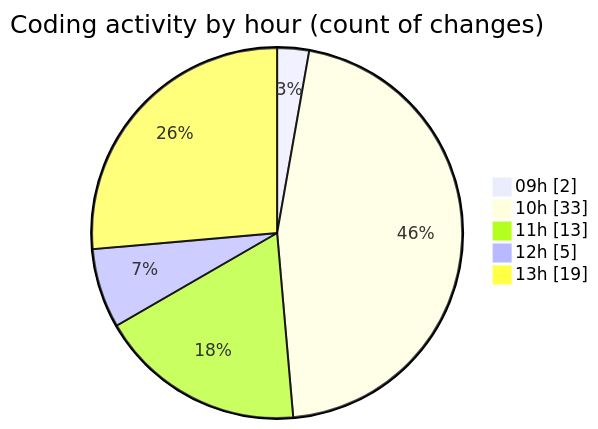
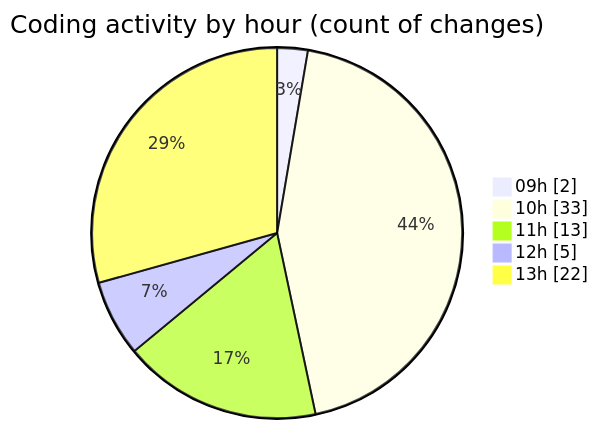
Before and after one commit to momahboobian/code-tracking: the second of 2 diagrams in 2025-08-12/cda/README.md, drawn with Mermaid. The commit also changed other lines of this file and 1 other file, not shown here.

````diff
--- a/2025-08-12/cda/README.md
+++ b/2025-08-12/cda/README.md
@@ -53,9 +53,9 @@
 ```mermaid
 pie showData
 title Coding activity by hour (count of changes)
 "09h" : 2
 "10h" : 33
 "11h" : 13
 "12h" : 5
-"13h" : 19
+"13h" : 22
 ```
````
